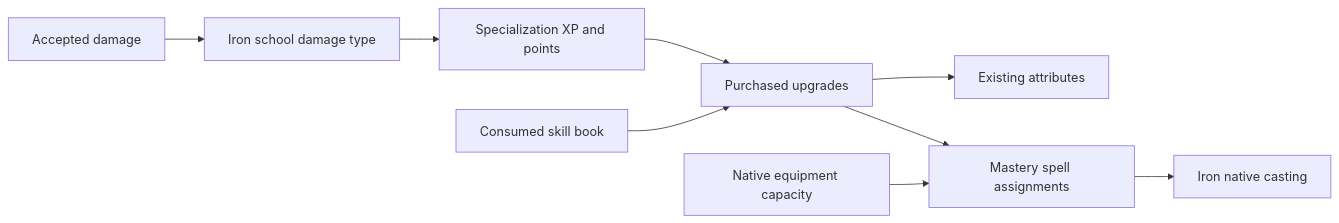
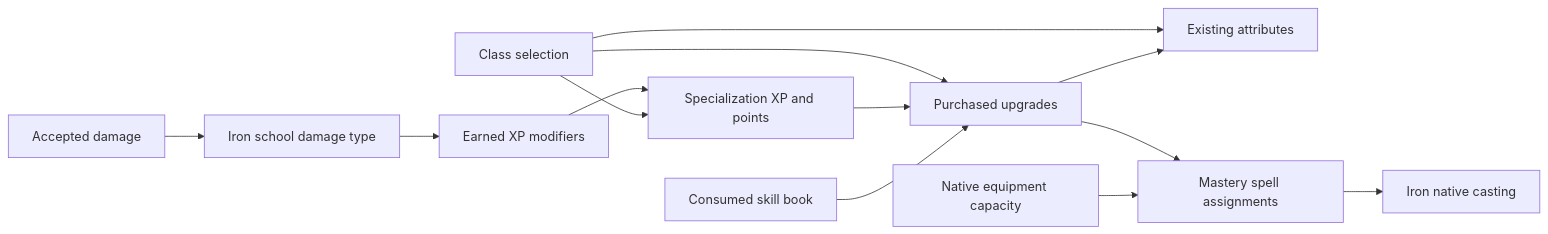
The diagram in docs/architecture.md (CappleApple/Mastery), drawn with Mermaid before and after one commit. The commit also changed other lines of this file and 181 other files, not shown here.

````diff
--- a/docs/architecture.md
+++ b/docs/architecture.md
@@ -9,11 +9,15 @@
 ```mermaid
 flowchart LR
     Damage[Accepted damage] --> School[Iron school damage type]
-    School --> XP[Specialization XP and points]
+    School --> Gain[Earned XP modifiers]
+    Gain --> XP[Specialization XP and points]
+    Classes[Class selection] --> XP
+    Classes --> Nodes
+    Classes --> Attributes
     XP --> Nodes[Purchased upgrades]
     Book[Consumed skill book] --> Nodes
     Nodes --> Attributes[Existing attributes]
     Nodes --> Slots[Mastery spell assignments]
     Equipment[Native equipment capacity] --> Slots
     Slots --> Cast[Iron native casting]
 ```
````
